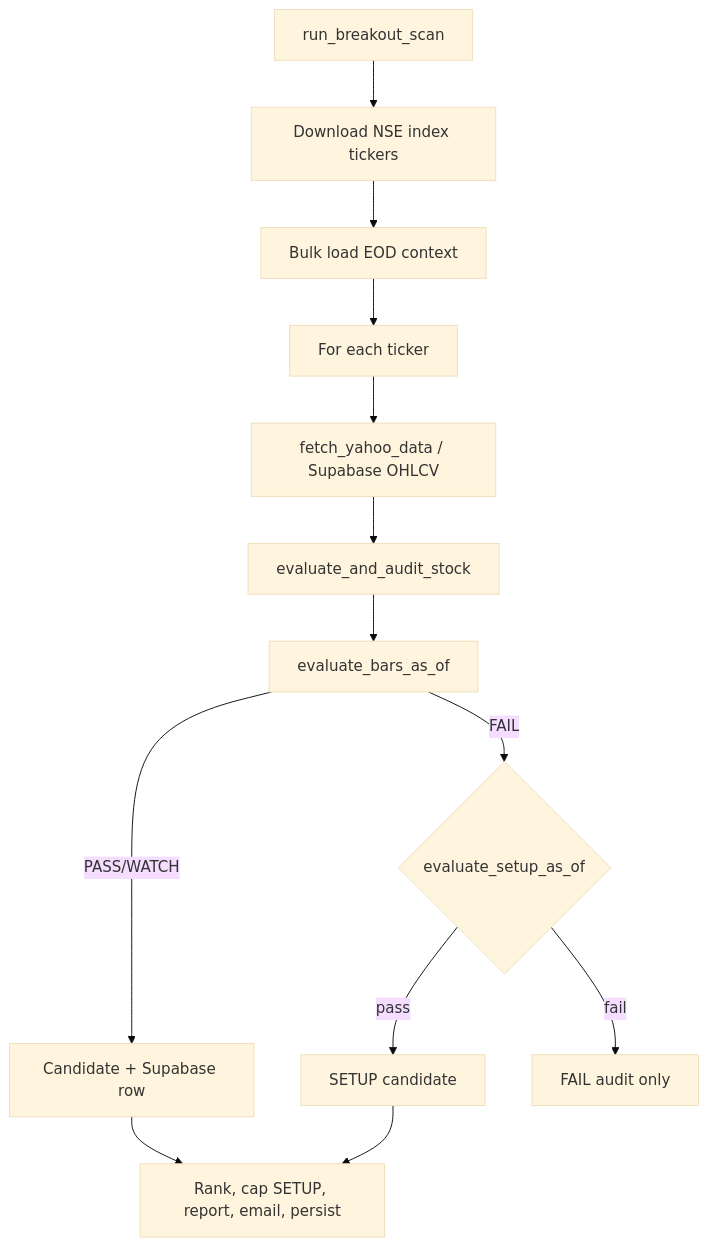
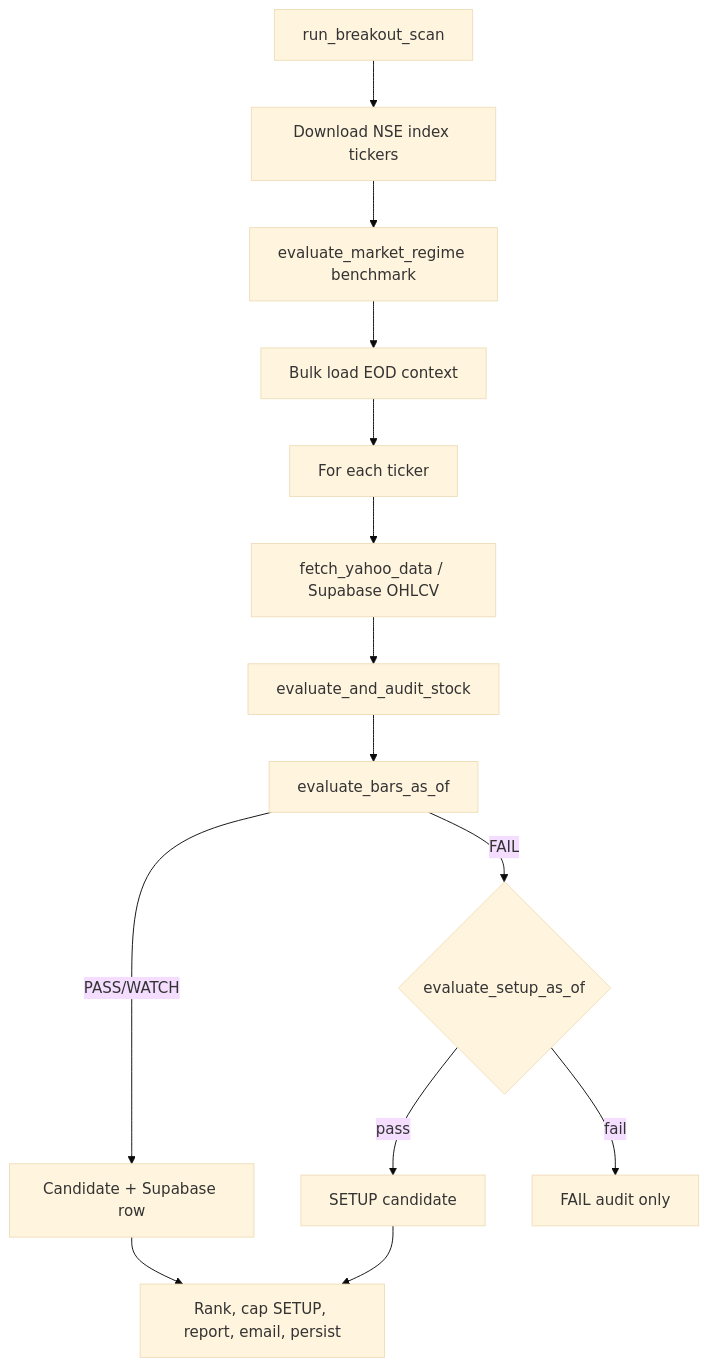
Before and after one commit to arunurun/titan: the diagram in docs/breakout_logic_full.md, drawn with Mermaid (base theme). The commit also changed other lines of this file, not shown here.

````diff
--- a/docs/breakout_logic_full.md
+++ b/docs/breakout_logic_full.md
@@ -263,14 +278,15 @@
 ```mermaid
 flowchart TD
     A[run_breakout_scan] --> B[Download NSE index tickers]
-    B --> C[Bulk load EOD context]
+    B --> B1[evaluate_market_regime benchmark]
+    B1 --> C[Bulk load EOD context]
     C --> D[For each ticker]
     D --> E[fetch_yahoo_data / Supabase OHLCV]
     E --> F[evaluate_and_audit_stock]
     F --> G[evaluate_bars_as_of]
     G -->|PASS/WATCH| H[Candidate + Supabase row]
     G -->|FAIL| I{evaluate_setup_as_of}
     I -->|pass| J[SETUP candidate]
     I -->|fail| K[FAIL audit only]
     H & J --> L[Rank, cap SETUP, report, email, persist]
 ```
````
